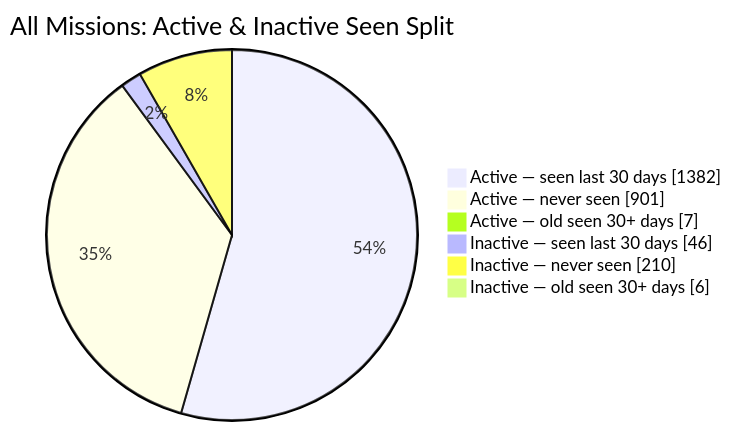
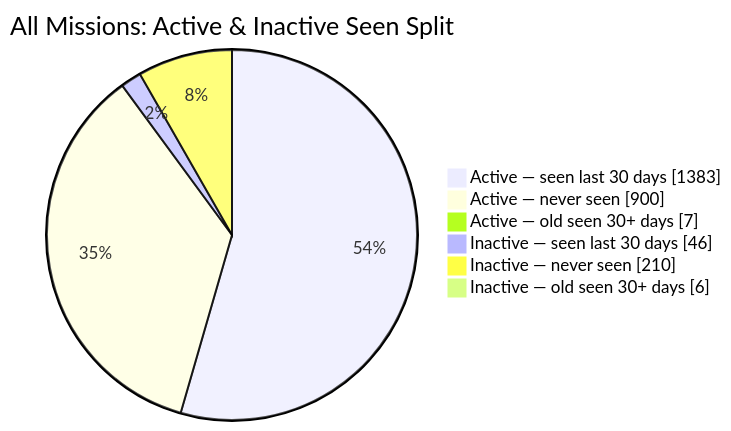
Before and after one commit to MeldkamerspelGameTeam/active-missions: the second of 2 diagrams in README.md, drawn with Mermaid. The commit also changed other lines of this file and 2 other files, not shown here.

````diff
--- a/README.md
+++ b/README.md
@@ -44,10 +44,10 @@
 ```mermaid
 pie showData
     title All Missions: Active & Inactive Seen Split
-    "Active — seen last 30 days" : 1382
-    "Active — never seen" : 901
+    "Active — seen last 30 days" : 1383
+    "Active — never seen" : 900
     "Active — old seen 30+ days" : 7
     "Inactive — seen last 30 days" : 46
     "Inactive — never seen" : 210
     "Inactive — old seen 30+ days" : 6
 ```
````
